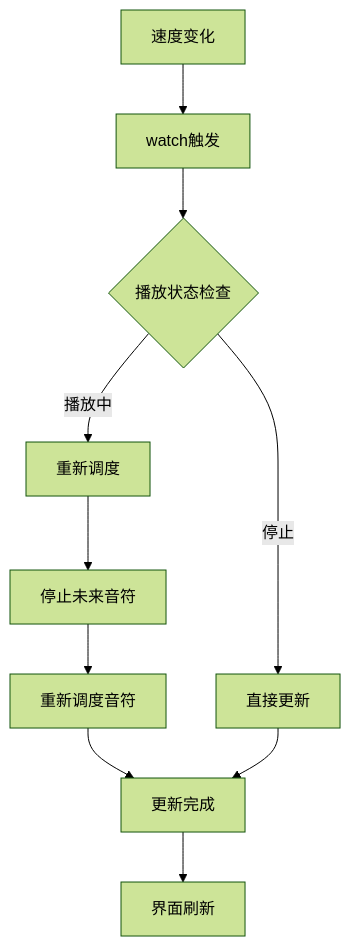
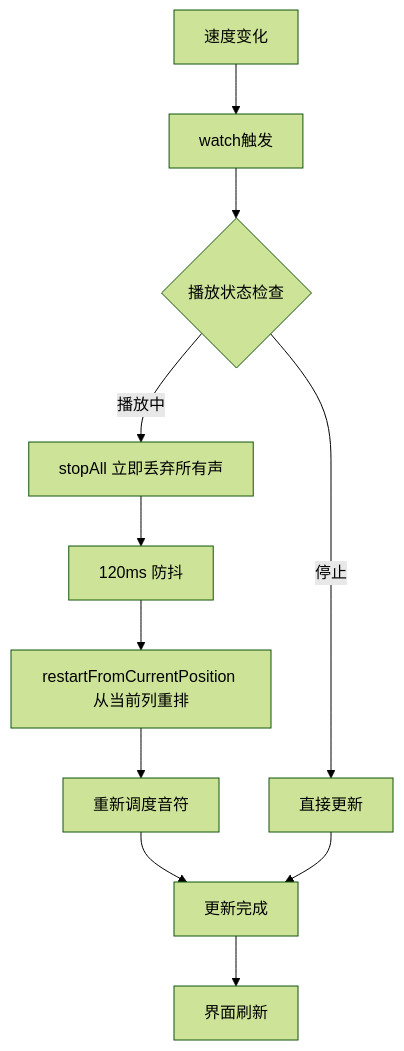
The seventh of 8 diagrams in wiki/用户界面组件/控制栏组件/速度控制组件.md (wingmeng/SUBOR-Music-Board), drawn with Mermaid (forest theme) before and after one commit. The commit also changed other lines of this file and 45 other files, not shown here.

````diff
--- a/wiki/用户界面组件/控制栏组件/速度控制组件.md
+++ b/wiki/用户界面组件/控制栏组件/速度控制组件.md
@@ -291,12 +292,13 @@
 ```mermaid
 flowchart TD
 BPMChange[速度变化] --> WatchTrigger[watch触发]
 WatchTrigger --> CheckPlaying{播放状态检查}
 CheckPlaying --> |停止| DirectUpdate[直接更新]
-CheckPlaying --> |播放中| Reschedule[重新调度]
-Reschedule --> StopFuture[停止未来音符]
-StopFuture --> ScheduleNew[重新调度音符]
+CheckPlaying --> |播放中| Discard[stopAll 立即丢弃所有声]
+Discard --> Debounce[120ms 防抖]
+Debounce --> Reschedule[restartFromCurrentPosition 从当前列重排]
+Reschedule --> ScheduleNew[重新调度音符]
 ScheduleNew --> UpdateComplete[更新完成]
 DirectUpdate --> UpdateComplete
 UpdateComplete --> UIRefresh[界面刷新]
 ```
````
